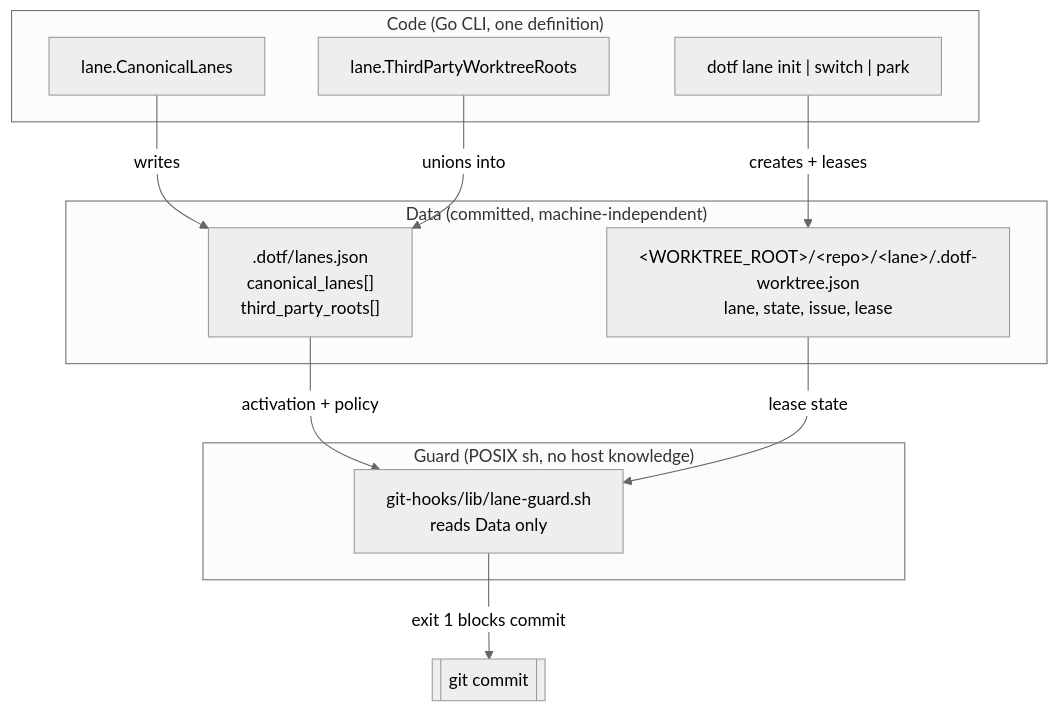
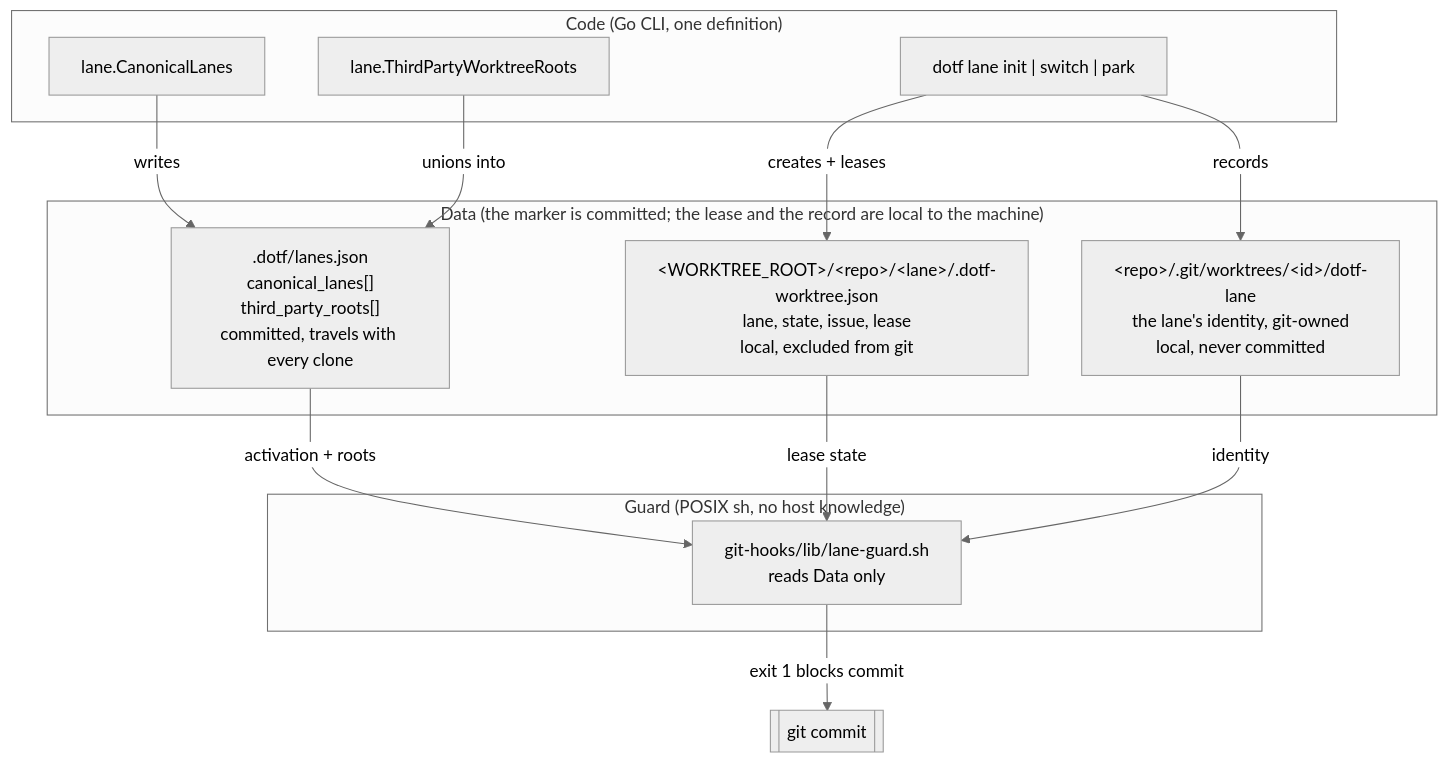
One commit to mlorentedev/dotfiles changed the first of 3 diagrams in docs/runbooks/guide-persistent-named-lanes.md. Above: the diagram before and after it, drawn with Mermaid (neutral theme). The commit also changed other lines of this file and 16 other files, not shown here.

First line of the commit message:
fix(lane): a lane's identity is a record in its worktree git dir, not its directory name (#3325)

````diff
--- a/docs/runbooks/guide-persistent-named-lanes.md
+++ b/docs/runbooks/guide-persistent-named-lanes.md
@@ -12,21 +12,24 @@
 ```mermaid
 flowchart TB
-  subgraph Data["Data (committed, machine-independent)"]
-    M[".dotf/lanes.json<br/>canonical_lanes[]<br/>third_party_roots[]"]
-    W["&lt;WORKTREE_ROOT&gt;/&lt;repo&gt;/&lt;lane&gt;/.dotf-worktree.json<br/>lane, state, issue, lease"]
+  subgraph Data["Data (the marker is committed; the lease and the record are local to the machine)"]
+    M[".dotf/lanes.json<br/>canonical_lanes[]<br/>third_party_roots[]<br/>committed, travels with every clone"]
+    W["&lt;WORKTREE_ROOT&gt;/&lt;repo&gt;/&lt;lane&gt;/.dotf-worktree.json<br/>lane, state, issue, lease<br/>local, excluded from git"]
+    I["&lt;repo&gt;/.git/worktrees/&lt;id&gt;/dotf-lane<br/>the lane's identity, git-owned<br/>local, never committed"]
   end
   subgraph Code["Code (Go CLI, one definition)"]
     C1["lane.CanonicalLanes"]
     C2["lane.ThirdPartyWorktreeRoots"]
     C3["dotf lane init | switch | park"]
   end
   subgraph Guard["Guard (POSIX sh, no host knowledge)"]
     G["git-hooks/lib/lane-guard.sh<br/>reads Data only"]
   end
   C1 -->|writes| M
   C2 -->|unions into| M
   C3 -->|creates + leases| W
-  M -->|activation + policy| G
+  C3 -->|records| I
+  M -->|activation + roots| G
   W -->|lease state| G
+  I -->|identity| G
   G -->|exit 1 blocks commit| Git[["git commit"]]
 ```
````
